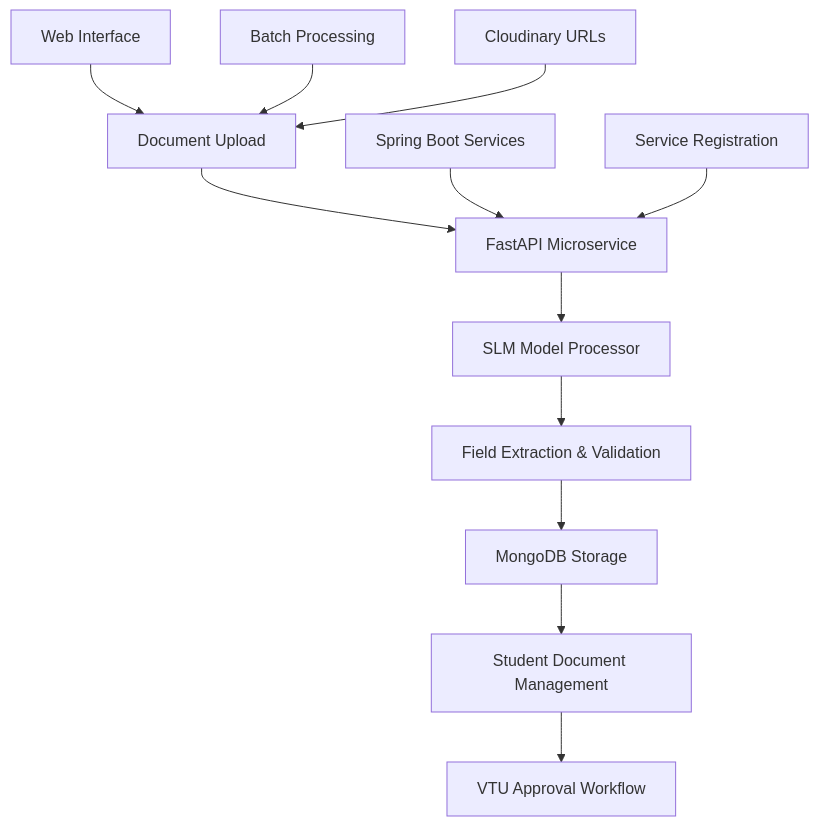
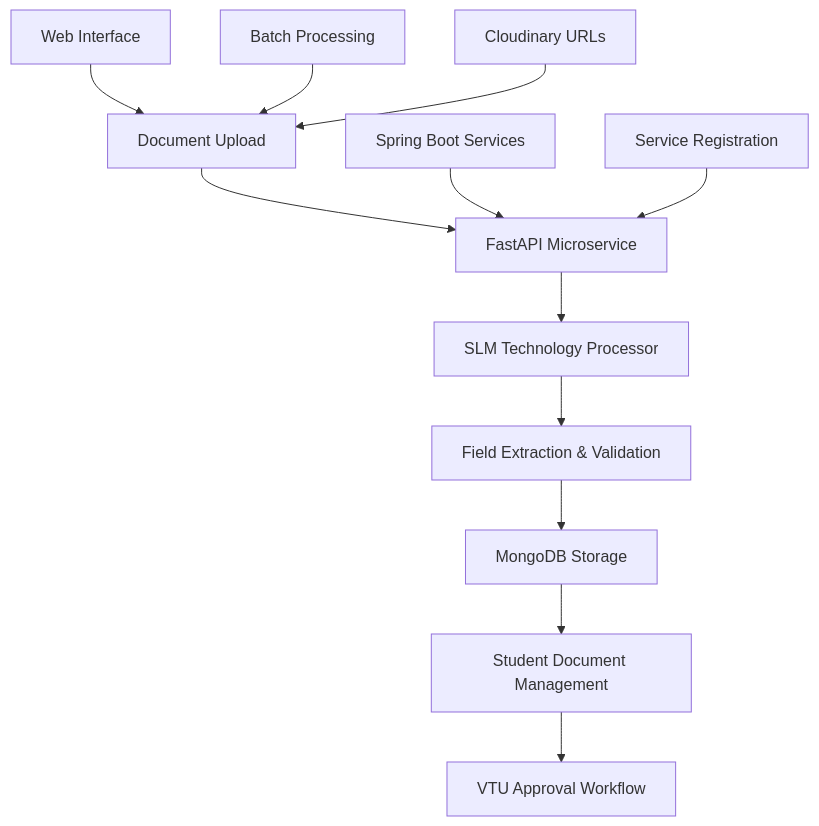
The diagram in README.md (sanjanb/ocr-automation-pipeline), drawn with Mermaid before and after one commit. The commit also changed other lines of this file, not shown here.

Commit message:
Update README to clarify SLM model configuration and remove API key instructions

````diff
--- a/README.md
+++ b/README.md
@@ -74,15 +77,15 @@
 ```mermaid
 graph TD
     A[Document Upload] --> B[FastAPI Microservice]
-    B --> C[SLM Model Processor]
+    B --> C[SLM Technology Processor]
     C --> D[Field Extraction & Validation]
     D --> E[MongoDB Storage]
     E --> F[Student Document Management]
     F --> G[VTU Approval Workflow]
 
     H[Web Interface] --> A
     I[Batch Processing] --> A
     J[Cloudinary URLs] --> A
     K[Spring Boot Services] --> B
     L[Service Registration] --> B
 ```
````
